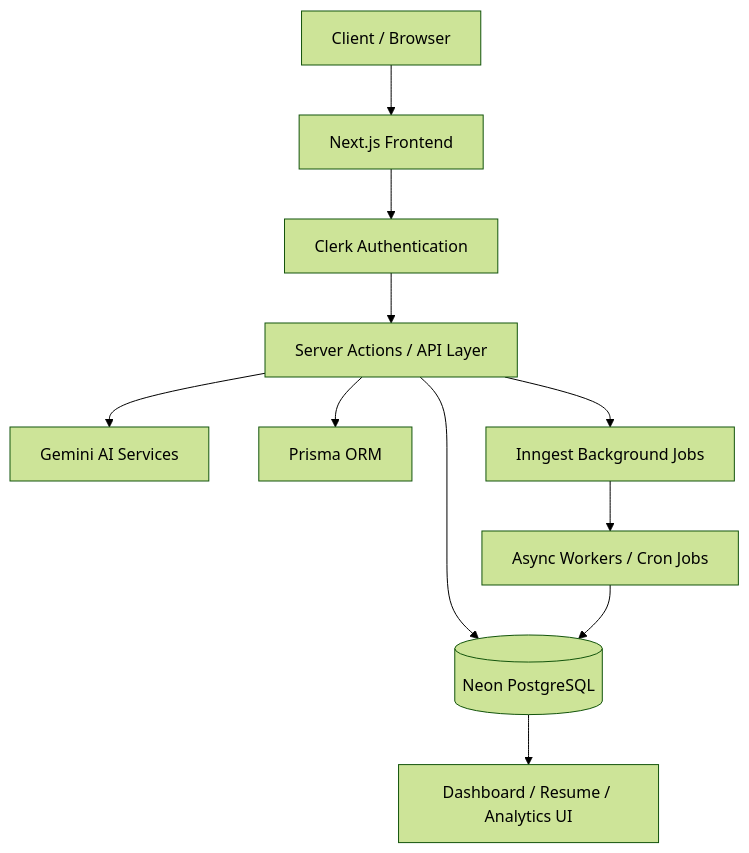
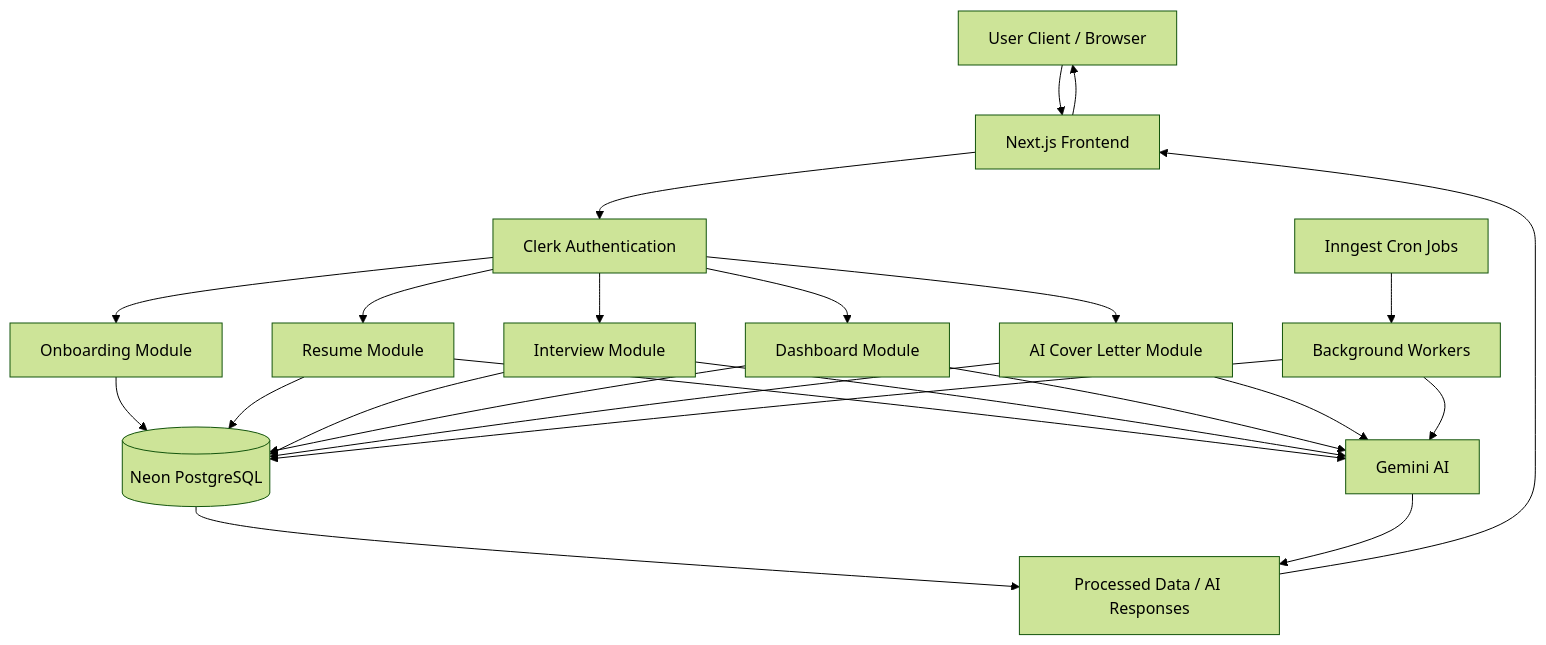
One commit to Ahad9044/coach changed the diagram in README.md. Above: the diagram before and after it, drawn with Mermaid (forest theme). The commit also changed other lines of this file, not shown here.

First line of the commit message:
Revise application flow and architecture details

````diff
--- a/README.md
+++ b/README.md
@@ -201,21 +186,39 @@
 ```mermaid
 flowchart TD
 
-    A[Client / Browser] --> B[Next.js Frontend]
+    A[User Client / Browser]
+        --> B[Next.js Frontend]
 
     B --> C[Clerk Authentication]
 
-    C --> D[Server Actions / API Layer]
+    C --> D[Onboarding Module]
+    C --> E[Resume Module]
+    C --> F[Interview Module]
+    C --> G[Dashboard Module]
+    C --> H[AI Cover Letter Module]
 
-    D --> E[Gemini AI Services]
-    D --> F[(Neon PostgreSQL)]
-    D --> G[Prisma ORM]
+    D --> I[(Neon PostgreSQL)]
+    E --> I
+    F --> I
+    G --> I
+    H --> I
 
-    D --> H[Inngest Background Jobs]
+    E --> J[Gemini AI]
+    F --> J
+    G --> J
+    H --> J
 
-    H --> I[Async Workers / Cron Jobs]
+    K[Inngest Cron Jobs]
+        --> L[Background Workers]
 
-    I --> F
+    L --> J
+    L --> I
 
-    F --> J[Dashboard / Resume / Analytics UI]
+    I --> M[Processed Data / AI Responses]
+
+    J --> M
+
+    M --> B
+
+    B --> A
 ```
````
